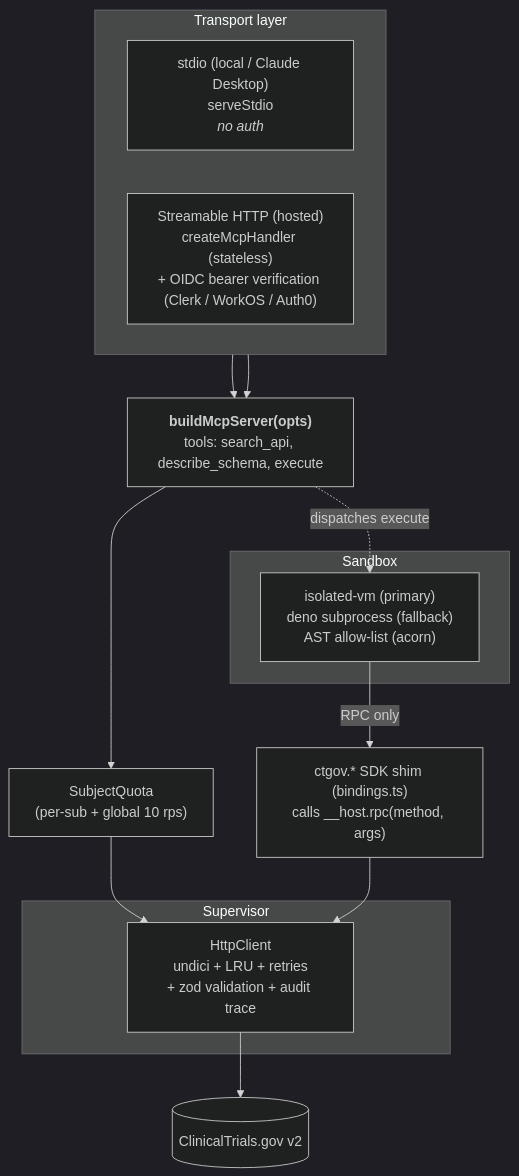
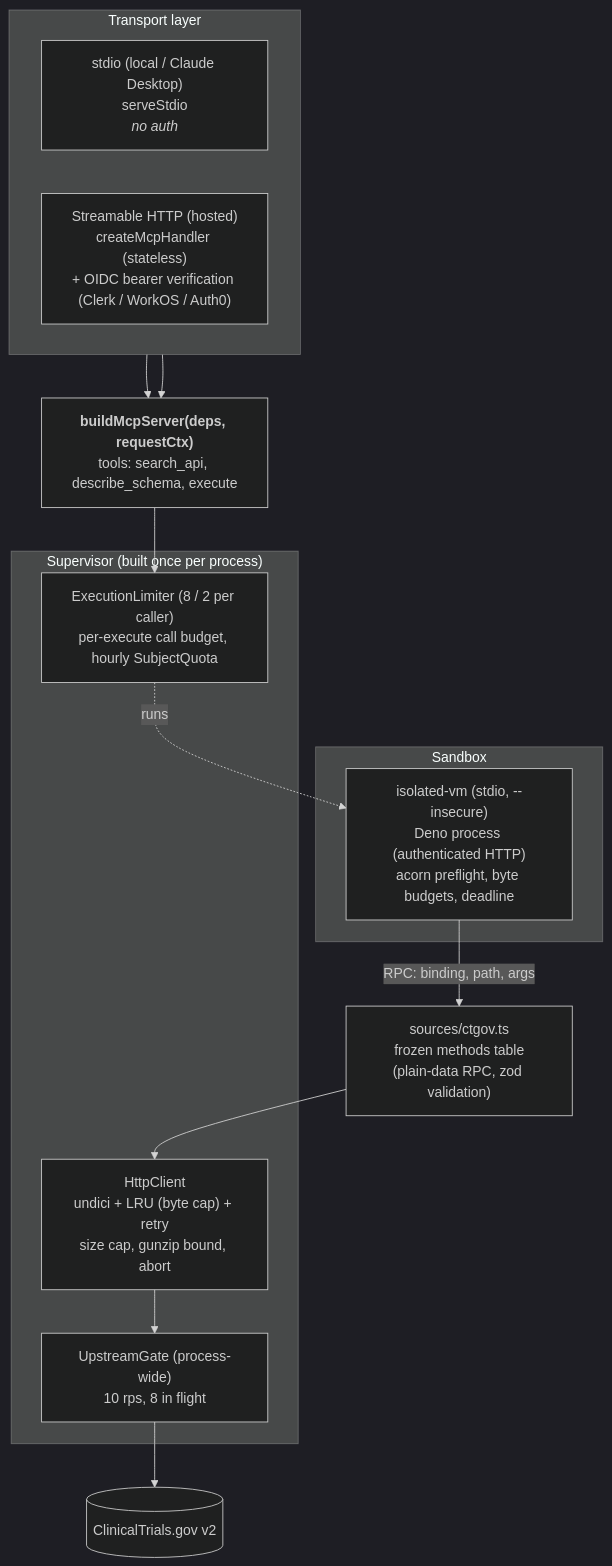
One commit to blencorp/clinicaltrials-mcp-server changed the diagram in docs/ARCHITECTURE.md. Above: the diagram before and after it, drawn with Mermaid (dark theme). The commit also changed other lines of this file and 4 other files, not shown here.

First line of the commit message:
docs: fill in the sandbox, SDK and limits sections of the 0.1.0 migration note

````diff
--- a/docs/ARCHITECTURE.md
+++ b/docs/ARCHITECTURE.md
@@ -9,32 +9,33 @@
 ```mermaid
 flowchart TD
     subgraph TransportLayer["Transport layer"]
         direction LR
         Stdio["stdio (local / Claude Desktop)<br/>serveStdio<br/><i>no auth</i>"]
         Http["Streamable HTTP (hosted)<br/>createMcpHandler (stateless)<br/>+ OIDC bearer verification (Clerk / WorkOS / Auth0)"]
     end
 
-    Server["<b>buildMcpServer(opts)</b><br/>tools: search_api, describe_schema, execute"]
-    Quota["SubjectQuota<br/>(per-sub + global 10 rps)"]
+    Server["<b>buildMcpServer(deps, requestCtx)</b><br/>tools: search_api, describe_schema, execute"]
 
-    subgraph SupervisorBox["Supervisor"]
-        HttpClient["HttpClient<br/>undici + LRU + retries<br/>+ zod validation + audit trace"]
+    subgraph SupervisorBox["Supervisor (built once per process)"]
+        Limits["ExecutionLimiter (8 / 2 per caller)<br/>per-execute call budget, hourly SubjectQuota"]
+        HttpClient["HttpClient<br/>undici + LRU (byte cap) + retry<br/>size cap, gunzip bound, abort"]
+        Gate["UpstreamGate (process-wide)<br/>10 rps, 8 in flight"]
     end
 
     CTGov[("ClinicalTrials.gov v2")]
 
     subgraph SandboxBox["Sandbox"]
-        Isolate["isolated-vm (primary)<br/>deno subprocess (fallback)<br/>AST allow-list (acorn)"]
+        Isolate["isolated-vm (stdio, --insecure)<br/>Deno process (authenticated HTTP)<br/>acorn preflight, byte budgets, deadline"]
     end
 
-    Shim["ctgov.* SDK shim (bindings.ts)<br/>calls __host.rpc(method, args)"]
+    Methods["sources/ctgov.ts<br/>frozen methods table<br/>(plain-data RPC, zod validation)"]
 
     Stdio --> Server
     Http --> Server
-    Server --> Quota
-    Quota --> HttpClient
-    HttpClient --> CTGov
-    Server -.dispatches execute.-> Isolate
-    Isolate -->|RPC only| Shim
-    Shim --> HttpClient
+    Server --> Limits
+    Limits -.runs.-> Isolate
+    Isolate -->|"RPC: binding, path, args"| Methods
+    Methods --> HttpClient
+    HttpClient --> Gate
+    Gate --> CTGov
 ```
````
